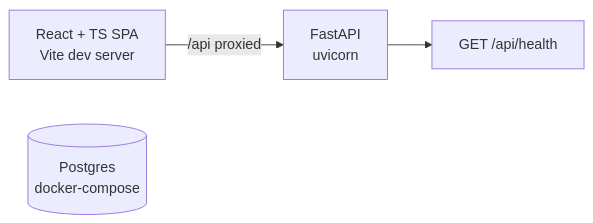
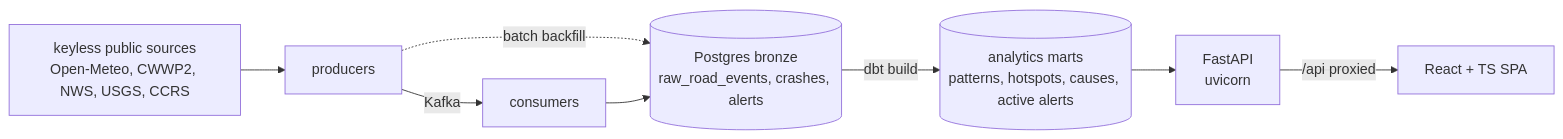
One commit to mariekarpinska/sierra-pass-watch changed the diagram in docs/architecture.md. Above: the diagram before and after it, drawn with Mermaid. The commit also changed other lines of this file and 25 other files, not shown here.

First line of the commit message:
Warehouse: dbt models that turn the raw tables into the tables the API will serve (#3)

````diff
--- a/docs/architecture.md
+++ b/docs/architecture.md
@@ -7,6 +7,10 @@
 ```mermaid
 flowchart LR
-  FE[React + TS SPA\nVite dev server] -->|/api proxied| API[FastAPI\nuvicorn]
-  API --> H[GET /api/health]
-  PG[(Postgres\ndocker-compose)]
+  SRC[keyless public sources\nOpen-Meteo, CWWP2, NWS, USGS, CCRS] --> PROD[producers]
+  PROD -->|Kafka| CONS[consumers]
+  PROD -.->|batch backfill| PG
+  CONS --> PG[(Postgres bronze\nraw_road_events, crashes, alerts)]
+  PG -->|dbt build| MARTS[(analytics marts\npatterns, hotspots, causes, active alerts)]
+  MARTS --> API[FastAPI\nuvicorn]
+  API -->|/api proxied| FE[React + TS SPA]
 ```
````
